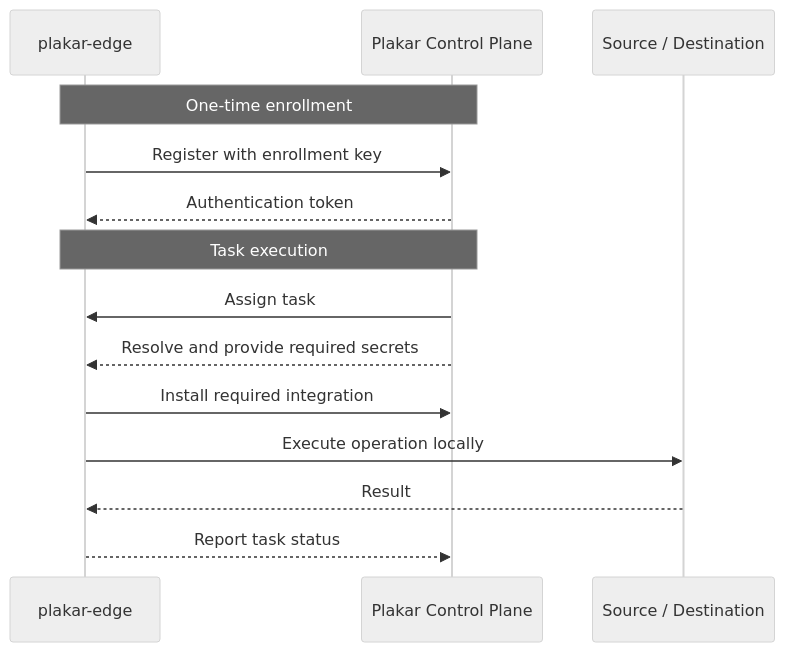
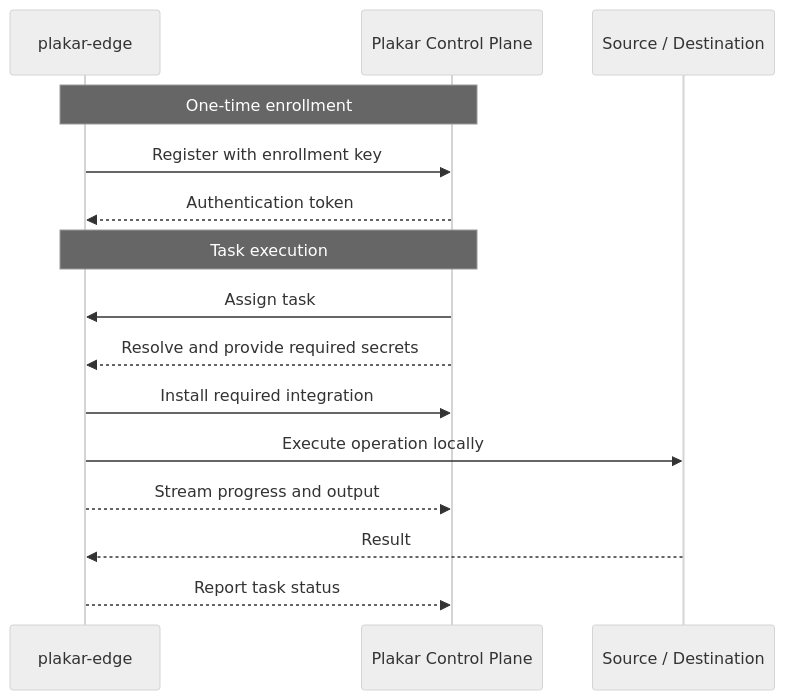
One commit to PlakarKorp/plakar.io changed the second of 2 diagrams in content/docs/control-plane/infrastructure/edges.md. Above: the diagram before and after it, drawn with Mermaid (neutral theme). The commit also changed other lines of this file and 1 other file, not shown here.

Commit message:
edges streams errors, info and hooks output back to pcp to drive job ui

```diff
--- a/content/docs/control-plane/infrastructure/edges.md
+++ b/content/docs/control-plane/infrastructure/edges.md
@@ -119,18 +126,19 @@
 {{< mermaid >}}
 sequenceDiagram
   participant Edge as plakar-edge
   participant PCP as Plakar Control Plane
   participant Target as Source / Destination
 
   Note over Edge,PCP: One-time enrollment
   Edge->>PCP: Register with enrollment key
   PCP-->>Edge: Authentication token
 
   Note over Edge,PCP: Task execution
   PCP->>Edge: Assign task
   PCP-->>Edge: Resolve and provide required secrets
   Edge->>PCP: Install required integration
   Edge->>Target: Execute operation locally
+  Edge-->>PCP: Stream progress and output
   Target-->>Edge: Result
   Edge-->>PCP: Report task status
 {{< /mermaid >}}
```
